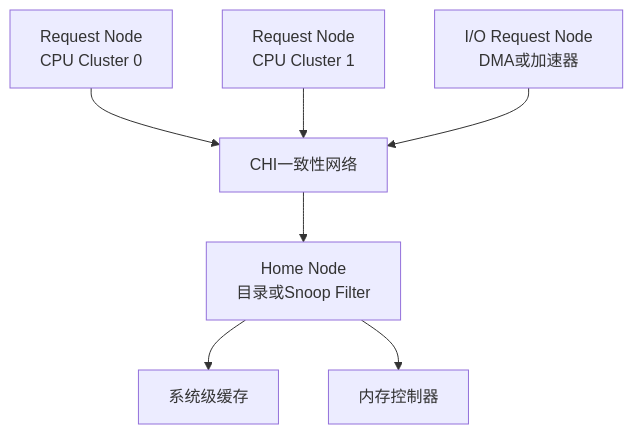
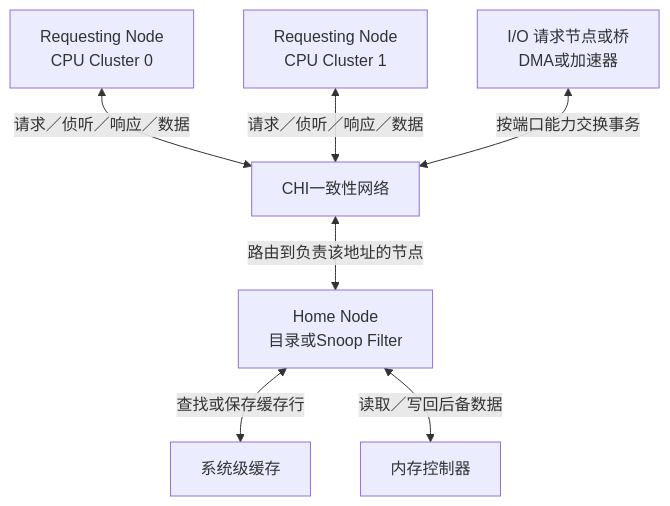
Before and after one commit to FormingSystem/linux_note: the second of 3 diagrams in knowledge/foundations/computer_architecture/cache_coherence/P04_ARM_ACE_CHI_与一致性域.md, drawn with Mermaid. The commit also changed other lines of this file and 10 other files, not shown here.

First line of the commit message:
content(architecture/cache): 重建缓存一致性事务与硬件职责的因果讲解

````diff
--- a/knowledge/foundations/computer_architecture/cache_coherence/P04_ARM_ACE_CHI_与一致性域.md
+++ b/knowledge/foundations/computer_architecture/cache_coherence/P04_ARM_ACE_CHI_与一致性域.md
@@ -63,17 +69,17 @@
 ```mermaid
 flowchart TB
-    RN0["Request Node<br/>CPU Cluster 0"]
-    RN1["Request Node<br/>CPU Cluster 1"]
-    RNI["I/O Request Node<br/>DMA或加速器"]
+    RN0["Requesting Node<br/>CPU Cluster 0"]
+    RN1["Requesting Node<br/>CPU Cluster 1"]
+    RNI["I/O 请求节点或桥<br/>DMA或加速器"]
     FABRIC["CHI一致性网络"]
     HN["Home Node<br/>目录或Snoop Filter"]
     SLC["系统级缓存"]
     MEM["内存控制器"]
 
-    RN0 --> FABRIC
-    RN1 --> FABRIC
-    RNI --> FABRIC
-    FABRIC --> HN
-    HN --> SLC
-    HN --> MEM
+    RN0 <-->|请求／侦听／响应／数据| FABRIC
+    RN1 <-->|请求／侦听／响应／数据| FABRIC
+    RNI <-->|按端口能力交换事务| FABRIC
+    FABRIC <-->|路由到负责该地址的节点| HN
+    HN <-->|查找或保存缓存行| SLC
+    HN <-->|读取／写回后备数据| MEM
 ```
````
